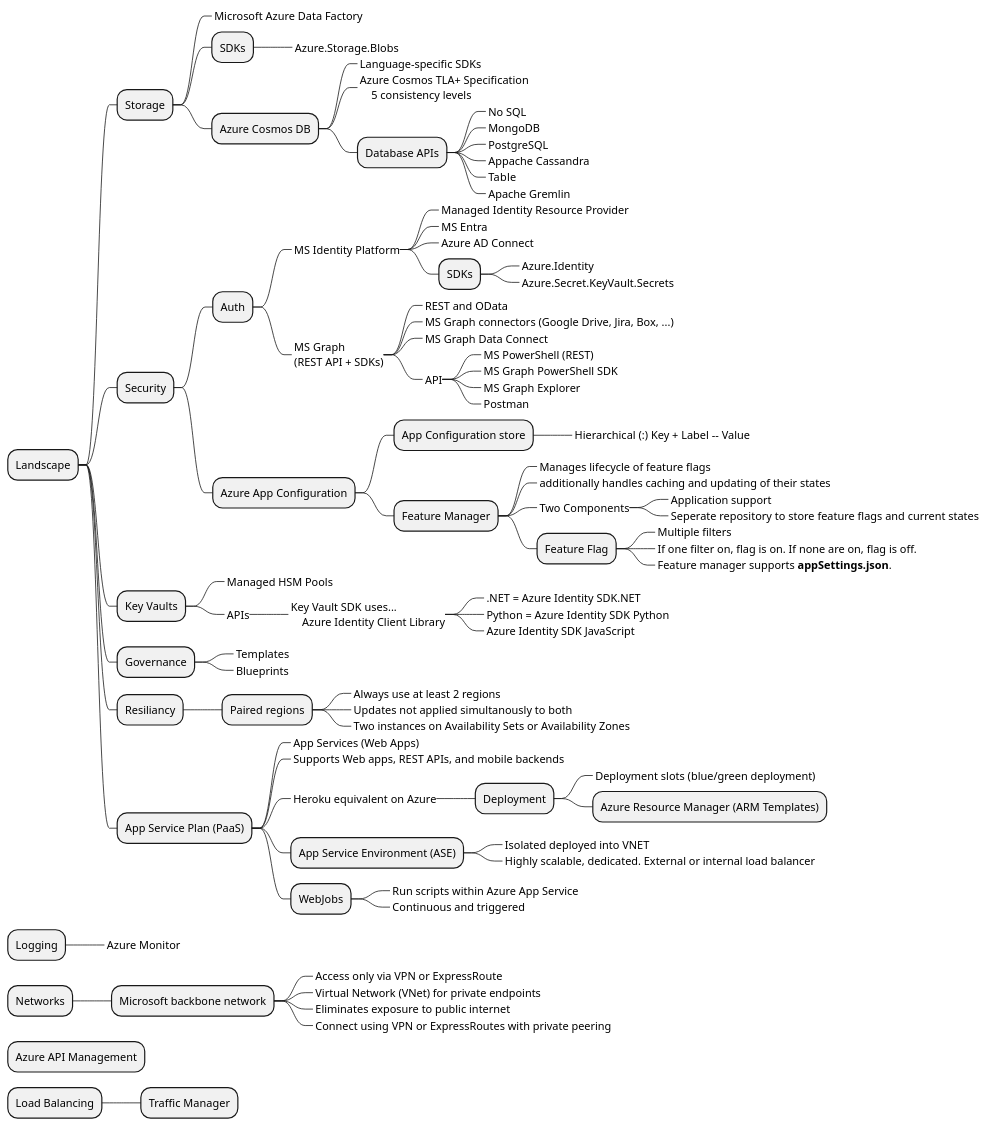
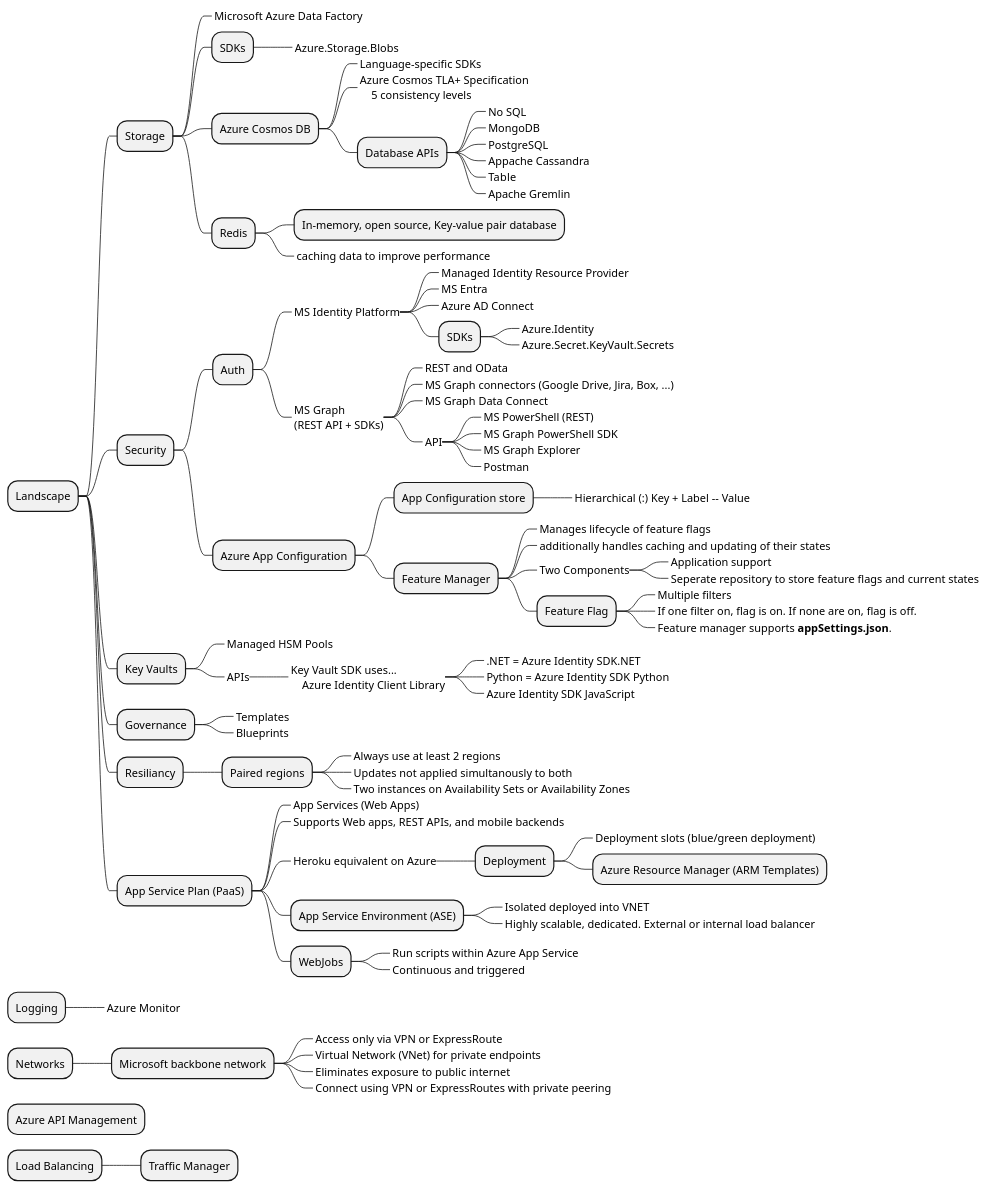
One commit to bobbyache/study-diagrams changed the diagram in az-204/_landscape.plantuml. Above: the diagram before and after it, drawn with PlantUML. The commit also changed 6 other files, not shown here.

Commit message:
Updates to microservice mind maps

```diff
--- a/az-204/_landscape.plantuml
+++ b/az-204/_landscape.plantuml
@@ -1,100 +1,103 @@
 @startmindmap "Landscape"
 
 + Landscape
 ++ Storage
 +++_ Microsoft Azure Data Factory
 +++ SDKs
 ++++_ Azure.Storage.Blobs
 
 +++ Azure Cosmos DB
 ++++_ Language-specific SDKs
 ++++_ Azure Cosmos TLA+ Specification\n    5 consistency levels
 ++++ Database APIs
 +++++_ No SQL
 +++++_ MongoDB
 +++++_ PostgreSQL
 +++++_ Appache Cassandra
 +++++_ Table
 +++++_ Apache Gremlin
 
++++ Redis
+++++ In-memory, open source, Key-value pair database
+++++_ caching data to improve performance
 ++ Security
 +++ Auth
 ++++_ MS Identity Platform
 +++++_ Managed Identity Resource Provider
 +++++_ MS Entra
 +++++_ Azure AD Connect
 +++++ SDKs
 ++++++_ Azure.Identity
 ++++++_ Azure.Secret.KeyVault.Secrets
 ++++_ MS Graph\n(REST API + SDKs)
 +++++_ REST and OData
 +++++_ MS Graph connectors (Google Drive, Jira, Box, ...)
 +++++_ MS Graph Data Connect
 +++++_ API
 ++++++_ MS PowerShell (REST)
 ++++++_ MS Graph PowerShell SDK
 ++++++_ MS Graph Explorer
 ++++++_ Postman
 +++ Azure App Configuration
 ++++ App Configuration store
 +++++_ Hierarchical (:) Key + Label -- Value
 ++++ Feature Manager
 +++++_ Manages lifecycle of feature flags
 +++++_ additionally handles caching and updating of their states
 +++++_ Two Components
 ++++++_ Application support
 ++++++_ Seperate repository to store feature flags and current states
 +++++ Feature Flag
 ++++++_ Multiple filters
 ++++++_ If one filter on, flag is on. If none are on, flag is off.
 ++++++_ Feature manager supports **appSettings.json**.
 
 
 ++ Key Vaults
 +++_ Managed HSM Pools
 +++_ APIs
 ++++_ Key Vault SDK uses...\n    Azure Identity Client Library
 +++++_ .NET = Azure Identity SDK.NET
 +++++_ Python = Azure Identity SDK Python
 +++++_ Azure Identity SDK JavaScript
 
 ++ Governance
 +++_ Templates
 +++_ Blueprints
 
 ++ Resiliancy
 +++ Paired regions
 ++++_ Always use at least 2 regions
 ++++_ Updates not applied simultanously to both
 ++++_ Two instances on Availability Sets or Availability Zones
 
 ++ App Service Plan (PaaS)
 +++_ App Services (Web Apps)
 +++_ Supports Web apps, REST APIs, and mobile backends
 +++_ Heroku equivalent on Azure
 ++++ Deployment
 +++++_ Deployment slots (blue/green deployment)
 +++++ Azure Resource Manager (ARM Templates)
 +++ App Service Environment (ASE)
 ++++_ Isolated deployed into VNET
 ++++_ Highly scalable, dedicated. External or internal load balancer
 +++ WebJobs
 ++++_ Run scripts within Azure App Service
 ++++_ Continuous and triggered
 
 + Logging
 ++_ Azure Monitor
 
 + Networks
 ++ Microsoft backbone network
 +++_ Access only via VPN or ExpressRoute
 +++_ Virtual Network (VNet) for private endpoints
 +++_ Eliminates exposure to public internet
 +++_ Connect using VPN or ExpressRoutes with private peering
 
 + Azure API Management
 
 + Load Balancing
 ++ Traffic Manager
 
 @endmindmap
```
